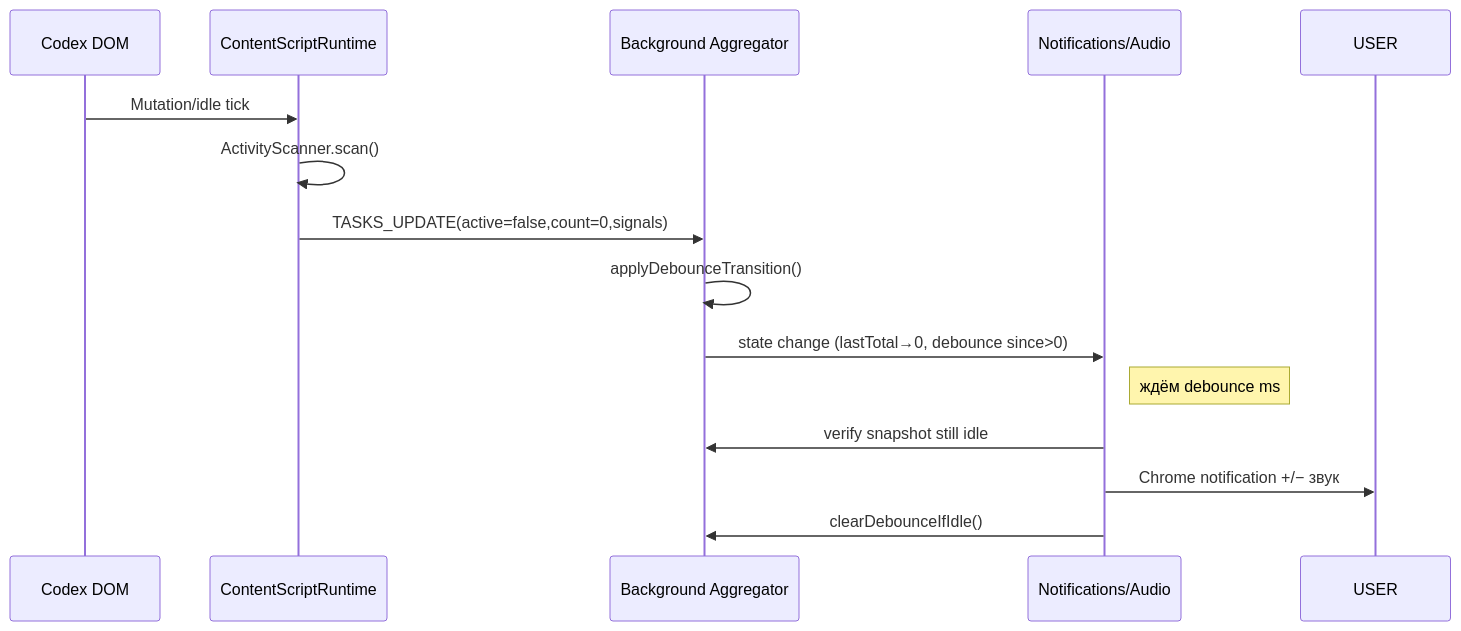
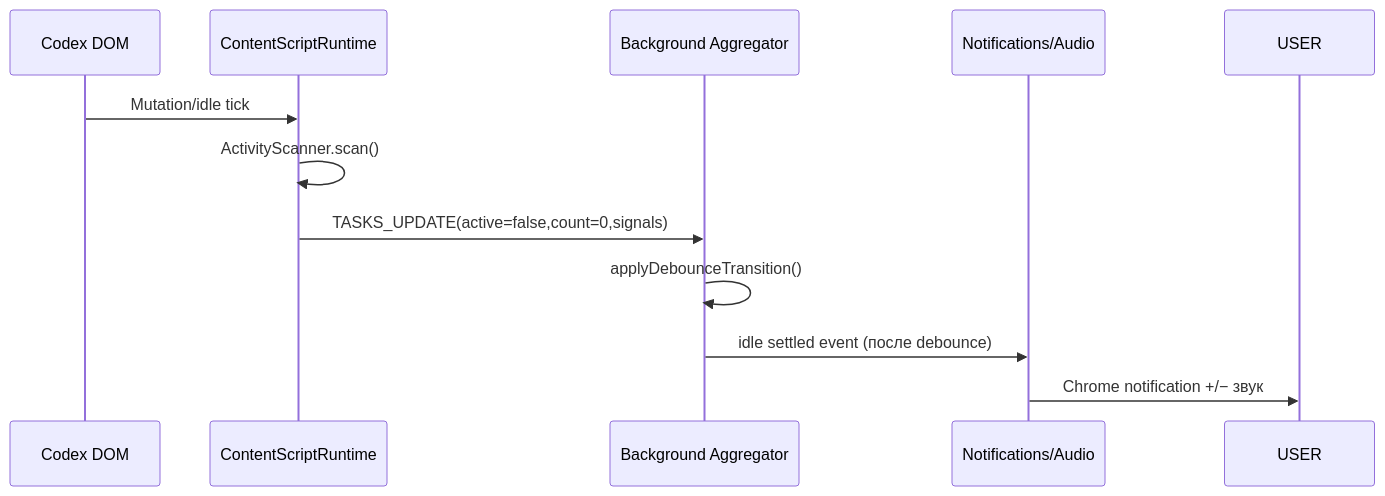
Before and after one commit to nicelight/Codexex: the fifth of 6 diagrams in README.md, drawn with Mermaid. The commit also changed other lines of this file and 18 other files, not shown here.

````diff
--- a/README.md
+++ b/README.md
@@ -118,18 +123,15 @@
 ```mermaid
 sequenceDiagram
     participant DOM as Codex DOM
     participant CS as ContentScriptRuntime
     participant BG as Background Aggregator
     participant CTRL as Notifications/Audio
     participant USER
 
     DOM->>CS: Mutation/idle tick
     CS->>CS: ActivityScanner.scan()
     CS->>BG: TASKS_UPDATE(active=false,count=0,signals)
     BG->>BG: applyDebounceTransition()
-    BG->>CTRL: state change (lastTotal→0, debounce since>0)
-    Note right of CTRL: ждём debounce ms
-    CTRL->>BG: verify snapshot still idle
+    BG->>CTRL: idle settled event (после debounce)
     CTRL->>USER: Chrome notification +/− звук
-    CTRL->>BG: clearDebounceIfIdle()
 ```
````
